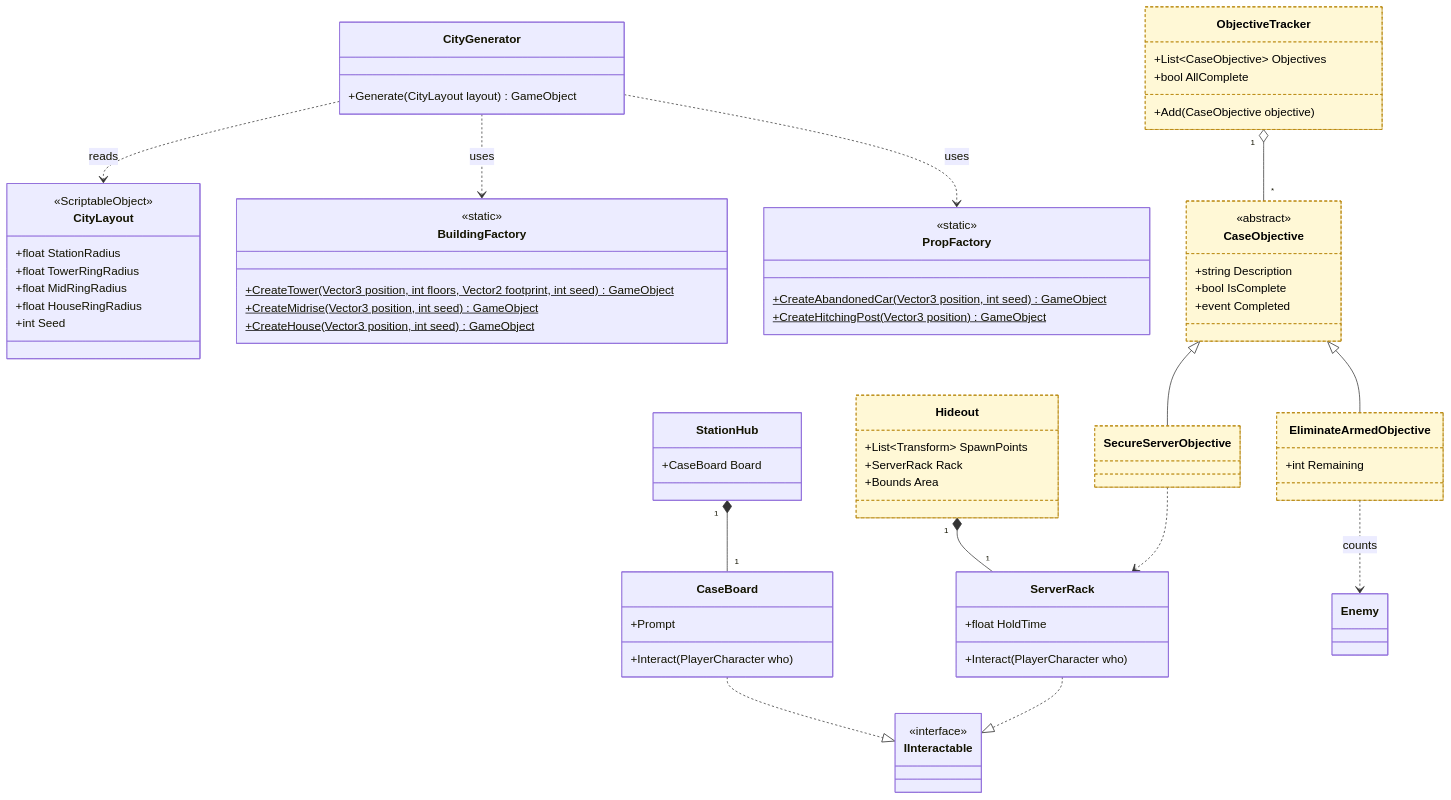
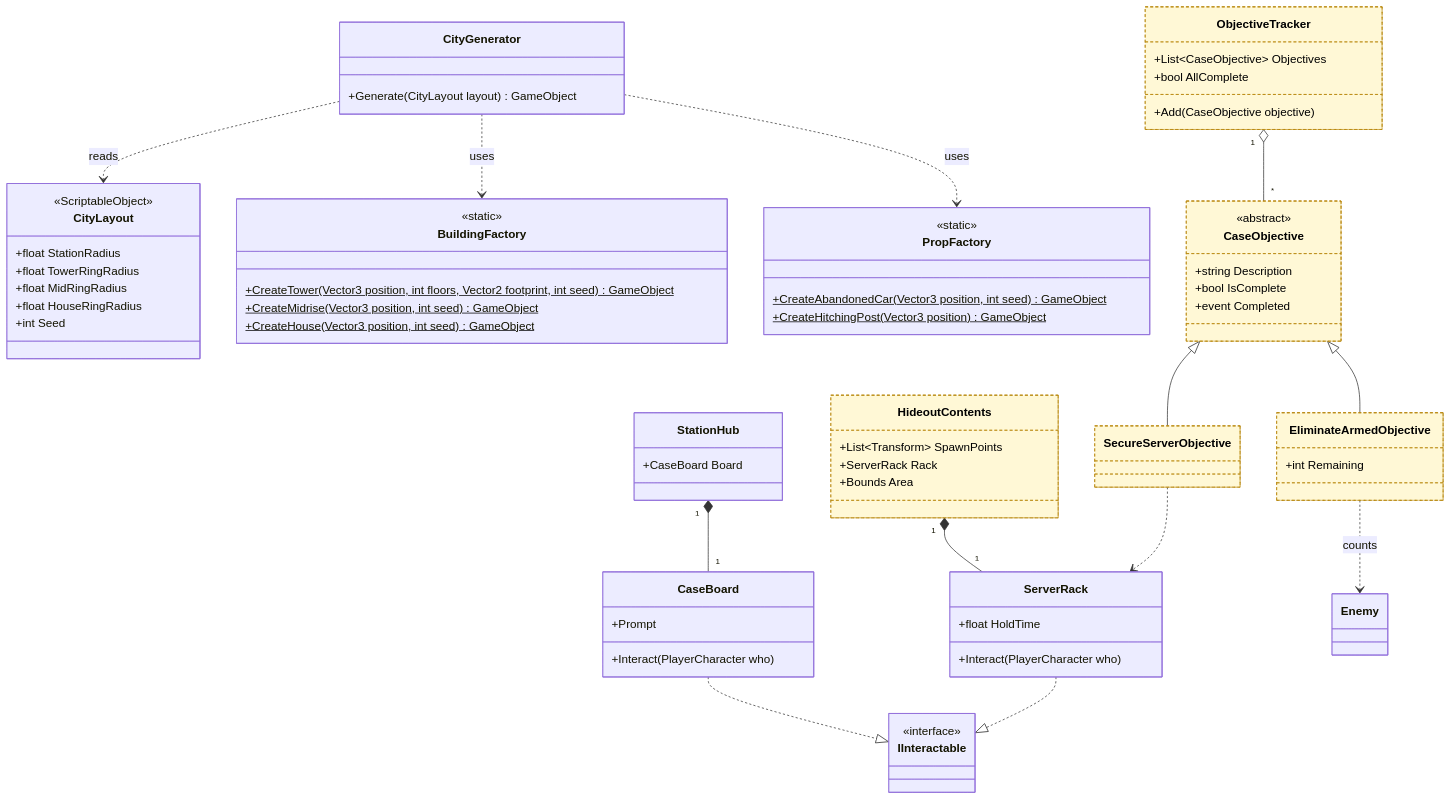
The ninth of 10 diagrams in docs/CLASS_DIAGRAM.md (LazyDay2024/Scammer-No-Scamming), drawn with Mermaid before and after one commit. The commit also changed other lines of this file and 13 other files, not shown here.

````diff
--- a/docs/CLASS_DIAGRAM.md
+++ b/docs/CLASS_DIAGRAM.md
@@ -792,78 +795,78 @@
 ```mermaid
 classDiagram
     class CityLayout {
         <<ScriptableObject>>
         +float StationRadius
         +float TowerRingRadius
         +float MidRingRadius
         +float HouseRingRadius
         +int Seed
     }
     class CityGenerator {
         +Generate(CityLayout layout) GameObject
     }
     class BuildingFactory {
         <<static>>
         +CreateTower(Vector3 position, int floors, Vector2 footprint, int seed)$ GameObject
         +CreateMidrise(Vector3 position, int seed)$ GameObject
         +CreateHouse(Vector3 position, int seed)$ GameObject
     }
     class PropFactory {
         <<static>>
         +CreateAbandonedCar(Vector3 position, int seed)$ GameObject
         +CreateHitchingPost(Vector3 position)$ GameObject
     }
     class StationHub {
         +CaseBoard Board
     }
     class CaseBoard {
         +Prompt
         +Interact(PlayerCharacter who)
     }
-    class Hideout {
+    class HideoutContents {
         +List~Transform~ SpawnPoints
         +ServerRack Rack
         +Bounds Area
     }
     class ServerRack {
         +float HoldTime
         +Interact(PlayerCharacter who)
     }
     class CaseObjective {
         <<abstract>>
         +string Description
         +bool IsComplete
         +event Completed
     }
     class EliminateArmedObjective {
         +int Remaining
     }
     class SecureServerObjective
     class ObjectiveTracker {
         +List~CaseObjective~ Objectives
         +bool AllComplete
         +Add(CaseObjective objective)
     }
     class IInteractable {
         <<interface>>
     }
 
     CityGenerator ..> CityLayout : reads
     CityGenerator ..> BuildingFactory : uses
     CityGenerator ..> PropFactory : uses
     StationHub "1" *-- "1" CaseBoard
-    Hideout "1" *-- "1" ServerRack
+    HideoutContents "1" *-- "1" ServerRack
     CaseBoard ..|> IInteractable
     ServerRack ..|> IInteractable
     CaseObjective <|-- EliminateArmedObjective
     CaseObjective <|-- SecureServerObjective
     ObjectiveTracker "1" o-- "*" CaseObjective
     SecureServerObjective ..> ServerRack
     EliminateArmedObjective ..> Enemy : counts
 
-    style Hideout fill:#fff8d6,stroke:#b8860b,stroke-dasharray:4 3,color:#000000
+    style HideoutContents fill:#fff8d6,stroke:#b8860b,stroke-dasharray:4 3,color:#000000
     style CaseObjective fill:#fff8d6,stroke:#b8860b,stroke-dasharray:4 3,color:#000000
     style EliminateArmedObjective fill:#fff8d6,stroke:#b8860b,stroke-dasharray:4 3,color:#000000
     style SecureServerObjective fill:#fff8d6,stroke:#b8860b,stroke-dasharray:4 3,color:#000000
     style ObjectiveTracker fill:#fff8d6,stroke:#b8860b,stroke-dasharray:4 3,color:#000000
 ```
````
